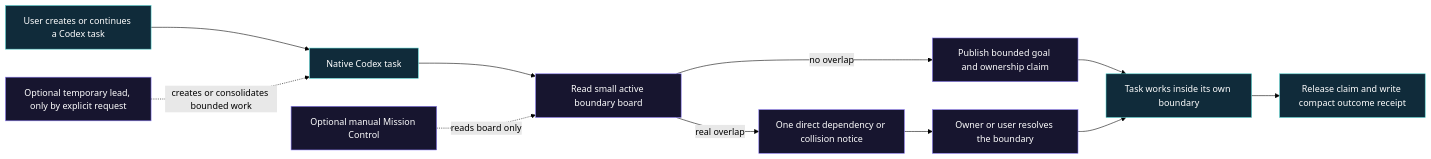
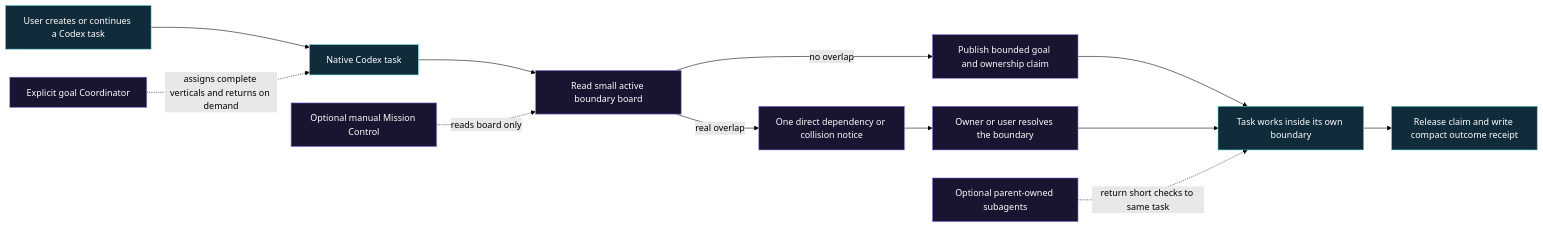
One commit to eyeinthesky6/codex-coordinator changed the diagram in docs/codebase/2026-07-21_boundary-board-simplification_architectural_review.md. Above: the diagram before and after it, drawn with Mermaid (forest theme). The commit also changed other lines of this file and 40 other files, not shown here.

First line of the commit message:
feat(coordinator)!: restore on-demand shared-checkout coordination

````diff
--- a/docs/codebase/2026-07-21_boundary-board-simplification_architectural_review.md
+++ b/docs/codebase/2026-07-21_boundary-board-simplification_architectural_review.md
@@ -321,19 +325,20 @@
 ```mermaid
 flowchart LR
     user["User creates or continues a Codex task"] --> task["Native Codex task"]
     task --> check["Read small active boundary board"]
     check -->|"no overlap"| claim["Publish bounded goal and ownership claim"]
     check -->|"real overlap"| notify["One direct dependency or collision notice"]
     claim --> work["Task works inside its own boundary"]
     work --> finish["Release claim and write compact outcome receipt"]
     notify --> decision["Owner or user resolves the boundary"]
     decision --> work
 
-    lead["Optional temporary lead, only by explicit request"] -. "creates or consolidates bounded work" .-> task
+    coordinator["Explicit goal Coordinator"] -. "assigns complete verticals and returns on demand" .-> task
+    subagents["Optional parent-owned subagents"] -. "return short checks to same task" .-> work
     observer["Optional manual Mission Control"] -. "reads board only" .-> check
 
     classDef native fill:#102b3a,stroke:#56d6d2,color:#ffffff;
     classDef board fill:#17152f,stroke:#8b7cf6,color:#ffffff;
     class user,task,work,finish native;
-    class check,claim,notify,decision,lead,observer board;
+    class check,claim,notify,decision,coordinator,subagents,observer board;
 ```
````
